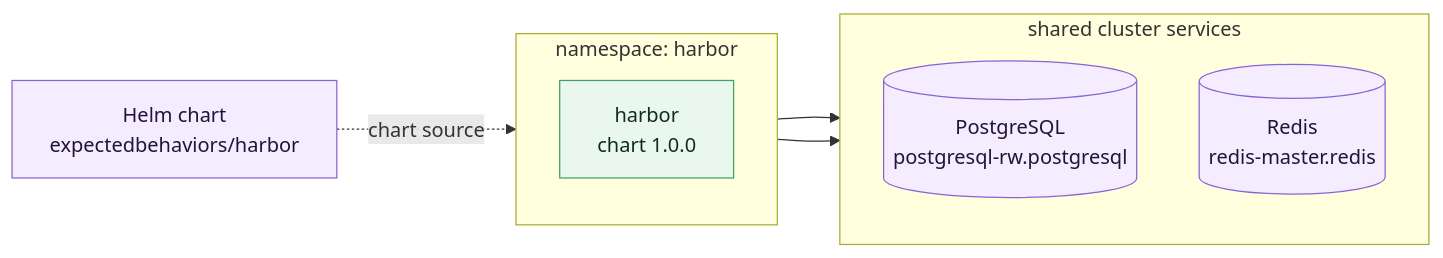
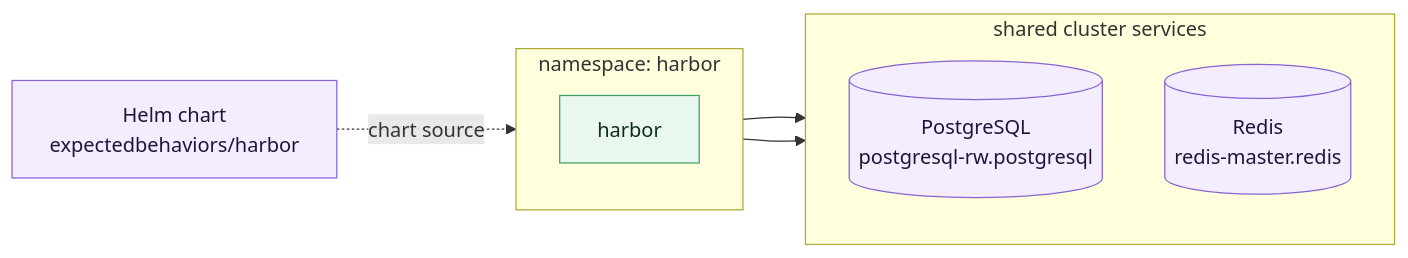
The diagram in docs/img/topology.mmd (jd4883/harbor), drawn with Mermaid before and after one commit.

Commit message:
Regenerated the topology diagram to the current contract

```diff
--- a/docs/img/topology.mmd
+++ b/docs/img/topology.mmd
@@ -1,19 +1,19 @@
 flowchart LR
   classDef ext fill:#eef4ff,stroke:#5b8def,color:#12233f;
   classDef app fill:#e9f7ef,stroke:#3fa06a,color:#0f2d1e;
   classDef store fill:#fff4e5,stroke:#e0932f,color:#3d2a08;
   classDef sec fill:#fdecef,stroke:#d2506b,color:#3d0d18;
   classDef dep fill:#f3edff,stroke:#8a63d2,color:#241338;
   subgraph NS["namespace: harbor"]
     direction TB
-    APP["harbor<br/>chart 1.0.0"]:::app
+    APP["harbor"]:::app
   end
   subgraph SHARED["shared cluster services"]
     direction TB
     PG[("PostgreSQL<br/>postgresql-rw.postgresql")]:::dep
     RD[("Redis<br/>redis-master.redis")]:::dep
   end
   CHART["Helm chart<br/>expectedbehaviors/harbor"]:::dep
   CHART -. "chart source" .-> APP
   APP --> PG
   APP --> RD
```
